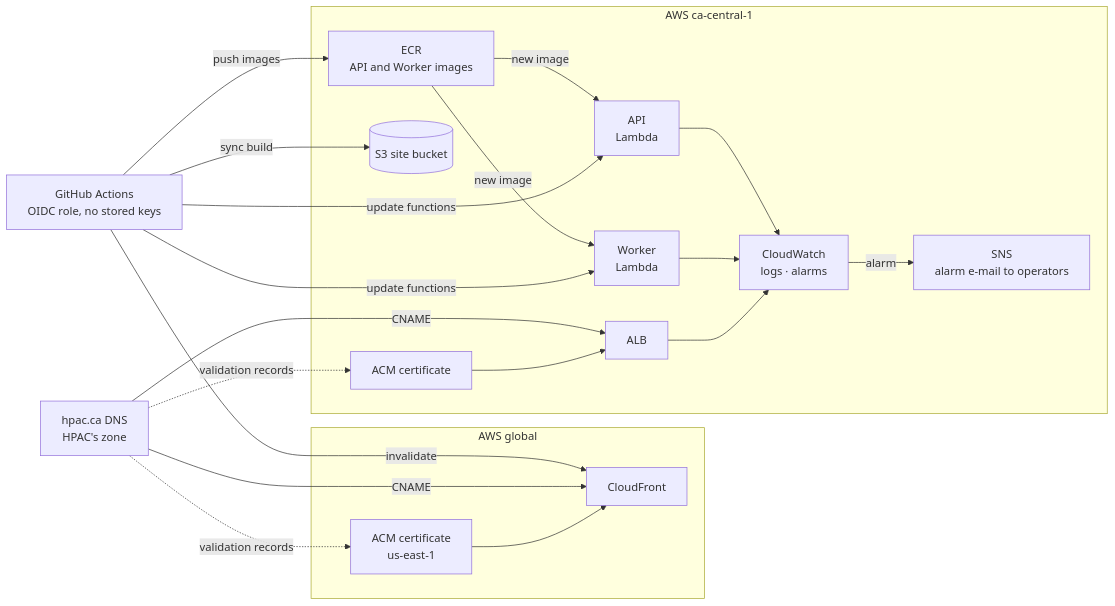
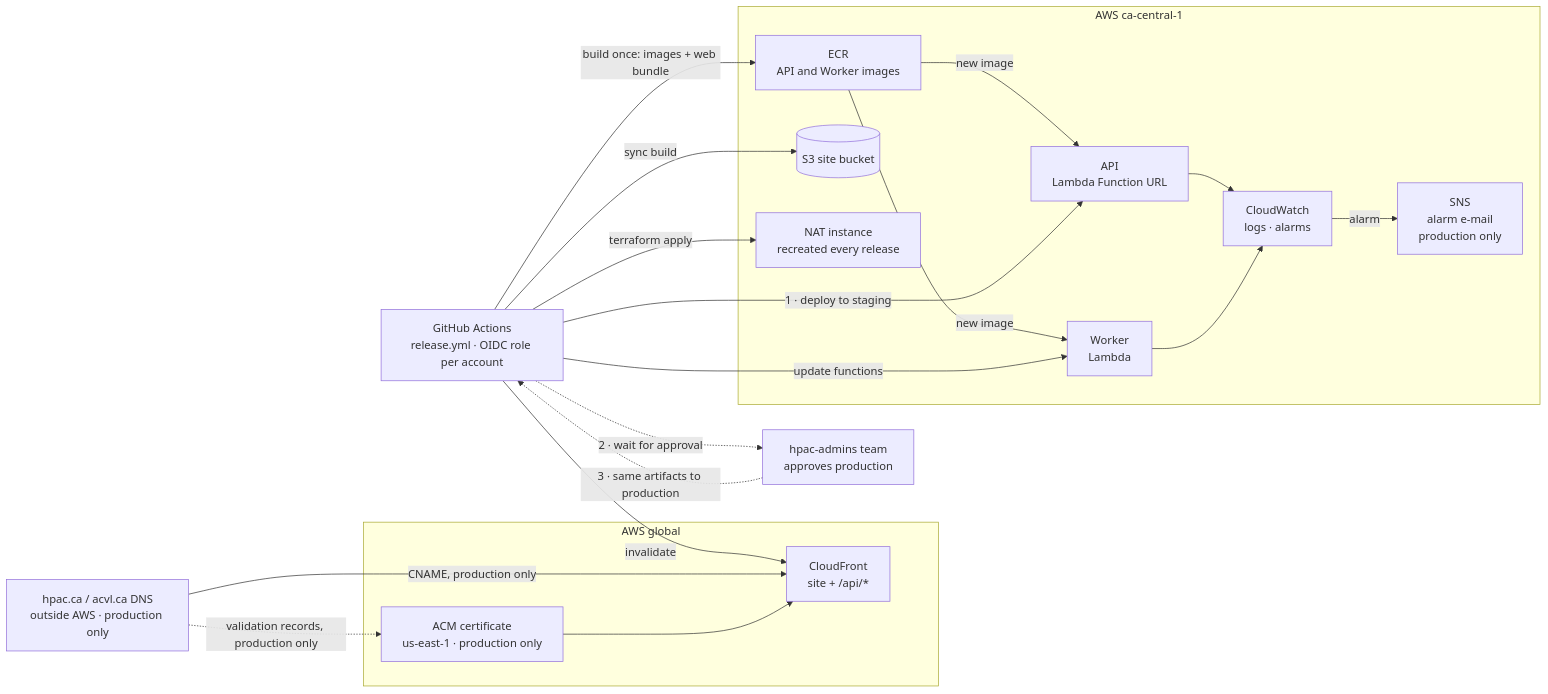
One commit to HPAC-Safety/safety-report changed the third of 3 diagrams in docs/infrastructure-and-operations.md. Above: the diagram before and after it, drawn with Mermaid. The commit also changed other lines of this file and 13 other files, not shown here.

First line of the commit message:
Record staging/production accounts, CloudFront-to-Function-URL API entry, and the second hostname (#584)

````diff
--- a/docs/infrastructure-and-operations.md
+++ b/docs/infrastructure-and-operations.md
@@ -99,39 +113,38 @@
 ```mermaid
 flowchart LR
-    gha["GitHub Actions<br/>OIDC role, no stored keys"]
-    dns["hpac.ca DNS<br/>HPAC's zone"]
+    gha["GitHub Actions<br/>release.yml · OIDC role per account"]
+    dns["hpac.ca / acvl.ca DNS<br/>outside AWS · production only"]
+    admins["hpac-admins team<br/>approves production"]
 
     subgraph global["AWS global"]
-        cf["CloudFront"]
-        acmglobal["ACM certificate<br/>us-east-1"]
+        cf["CloudFront<br/>site + /api/*"]
+        acmglobal["ACM certificate<br/>us-east-1 · production only"]
     end
 
     subgraph region["AWS ca-central-1"]
         ecr["ECR<br/>API and Worker images"]
-        api["API<br/>Lambda"]
+        api["API<br/>Lambda Function URL"]
         worker["Worker<br/>Lambda"]
         site[("S3 site bucket")]
-        alb["ALB"]
-        acm["ACM certificate"]
         watch["CloudWatch<br/>logs · alarms"]
-        sns["SNS<br/>alarm e-mail to operators"]
+        sns["SNS<br/>alarm e-mail<br/>production only"]
+        nat["NAT instance<br/>recreated every release"]
     end
 
-    gha -->|"push images"| ecr
+    gha -->|"build once: images + web bundle"| ecr
     ecr -->|"new image"| api
     ecr -->|"new image"| worker
-    gha -->|"update functions"| api
+    gha -->|"1 · deploy to staging"| api
+    gha -->|"terraform apply"| nat
     gha -->|"update functions"| worker
     gha -->|"sync build"| site
     gha -->|"invalidate"| cf
-    dns -->|"CNAME"| cf
-    dns -->|"CNAME"| alb
-    dns -.->|"validation records"| acm
-    dns -.->|"validation records"| acmglobal
+    gha -.->|"2 · wait for approval"| admins
+    admins -.->|"3 · same artifacts to production"| gha
+    dns -->|"CNAME, production only"| cf
+    dns -.->|"validation records, production only"| acmglobal
     acmglobal --> cf
-    acm --> alb
     api --> watch
     worker --> watch
-    alb --> watch
     watch -->|"alarm"| sns
 ```
````
